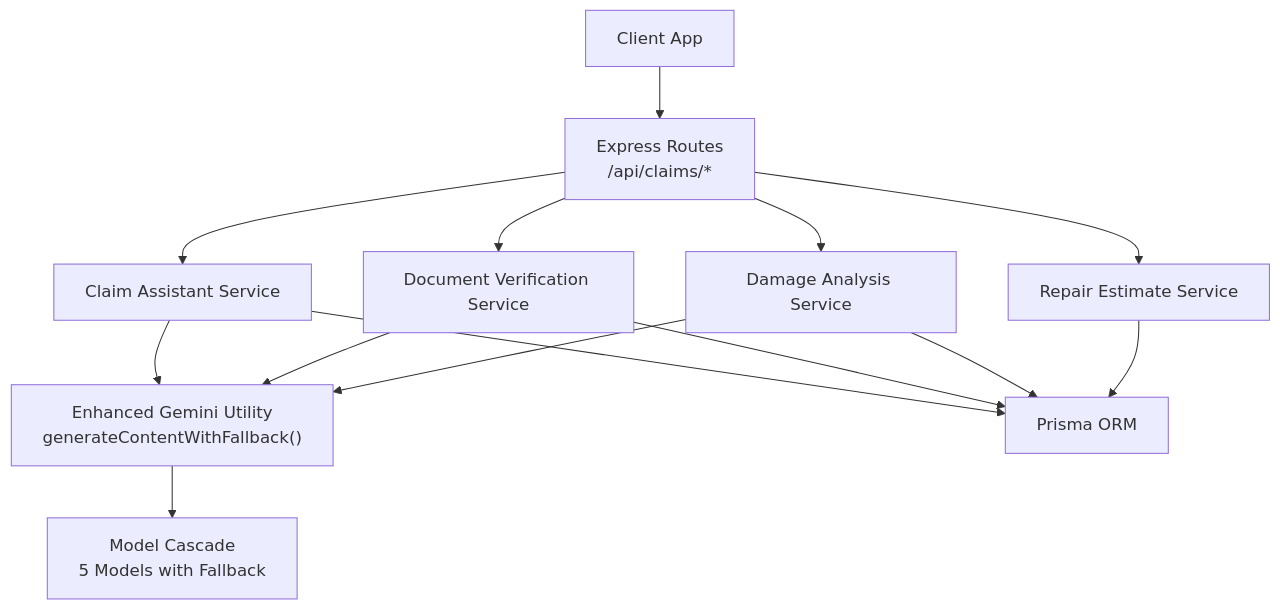
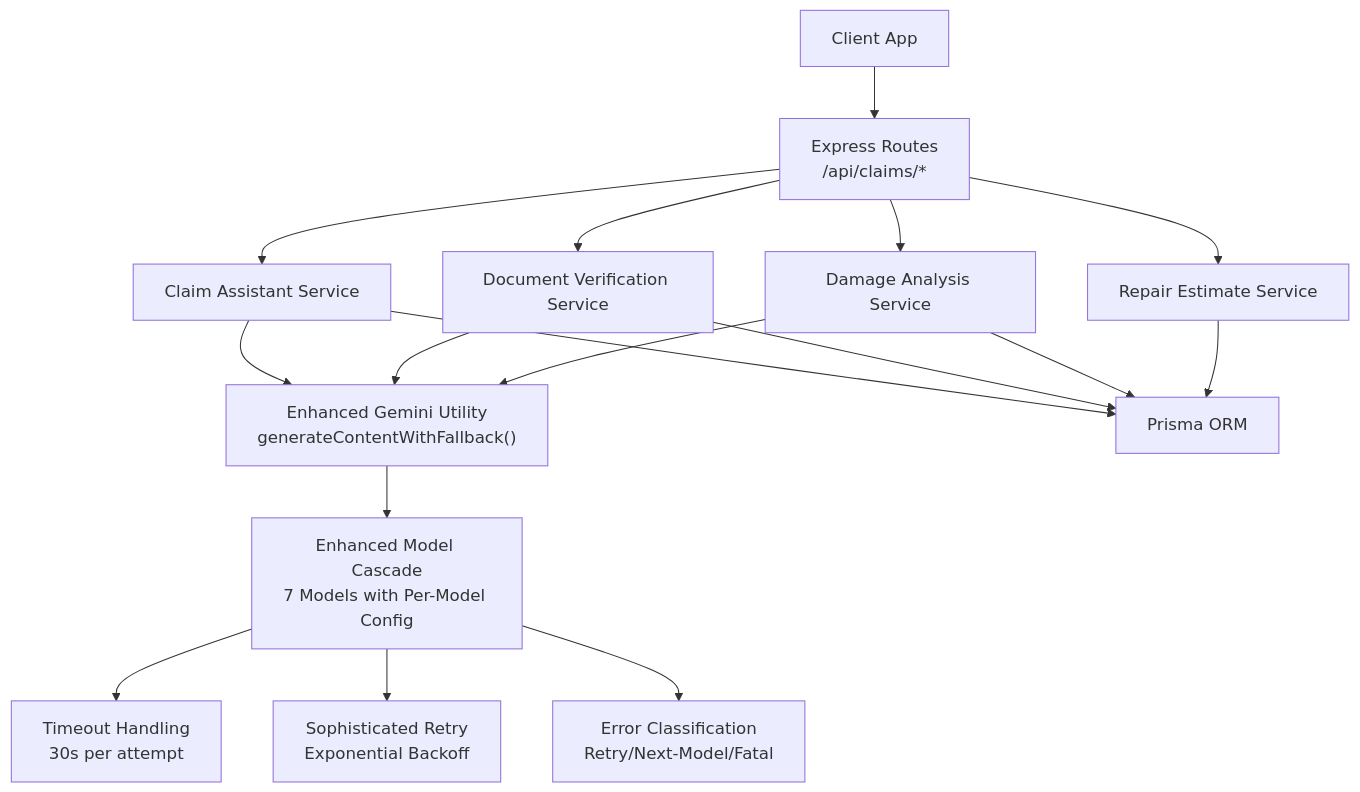
The first of 9 diagrams in .qoder/repowiki/en/content/AI Services Integration/AI Services Integration.md (NaveenHiranya/Smart-Vehicle-Insurance-Claim-System), drawn with Mermaid before and after one commit. The commit also changed other lines of this file and 33 other files, not shown here.

````diff
--- a/.qoder/repowiki/en/content/AI Services Integration/AI Services Integration.md
+++ b/.qoder/repowiki/en/content/AI Services Integration/AI Services Integration.md
@@ -50,16 +51,19 @@
 ```mermaid
 graph TB
 Client["Client App"] --> Routes["Express Routes<br/>/api/claims/*"]
 Routes --> DamageSvc["Damage Analysis Service"]
 Routes --> DocSvc["Document Verification Service"]
 Routes --> EstimateSvc["Repair Estimate Service"]
 Routes --> ChatSvc["Claim Assistant Service"]
 DamageSvc --> Gemini["Enhanced Gemini Utility<br/>generateContentWithFallback()"]
 DocSvc --> Gemini
 ChatSvc --> Gemini
 EstimateSvc --> DB["Prisma ORM"]
 DamageSvc --> DB
 DocSvc --> DB
 ChatSvc --> DB
-Gemini --> ModelCascade["Model Cascade<br/>5 Models with Fallback"]
+Gemini --> ModelCascade["Enhanced Model Cascade<br/>7 Models with Per-Model Config"]
+ModelCascade --> Timeout["Timeout Handling<br/>30s per attempt"]
+ModelCascade --> Retry["Sophisticated Retry<br/>Exponential Backoff"]
+ModelCascade --> ErrorClass["Error Classification<br/>Retry/Next-Model/Fatal"]
 ```
````
